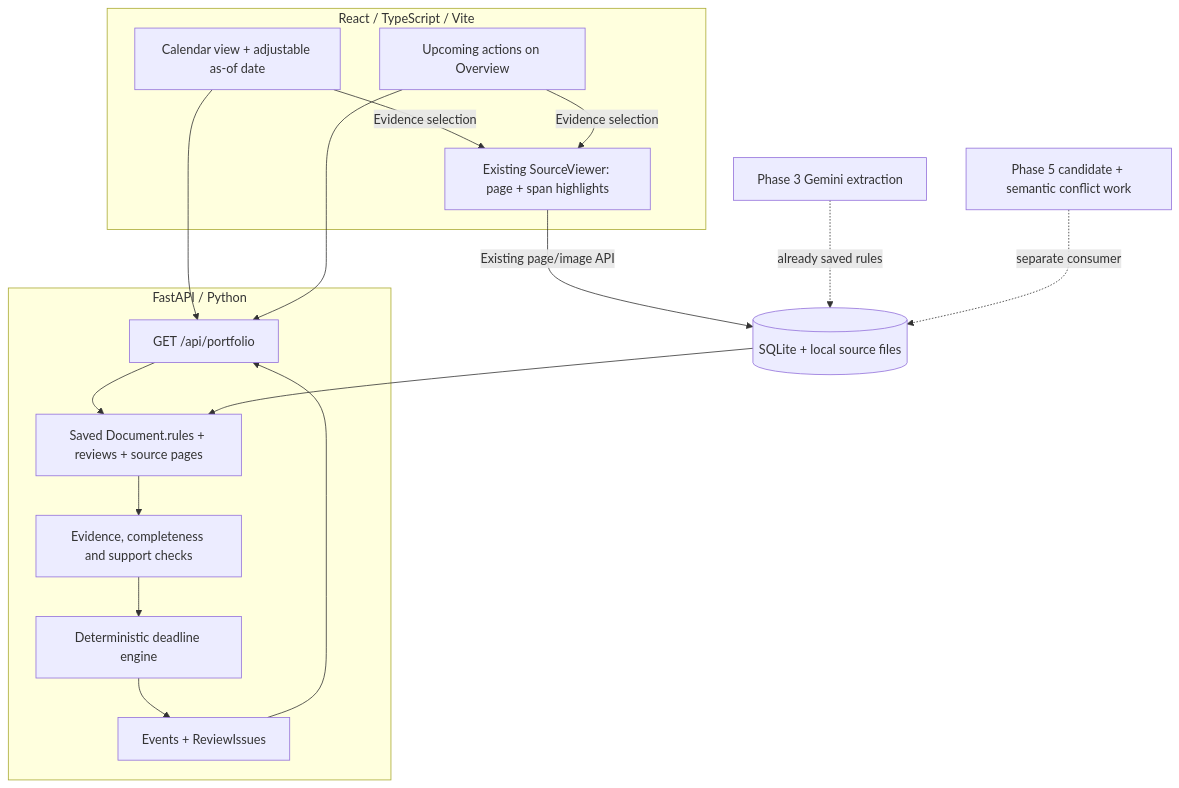
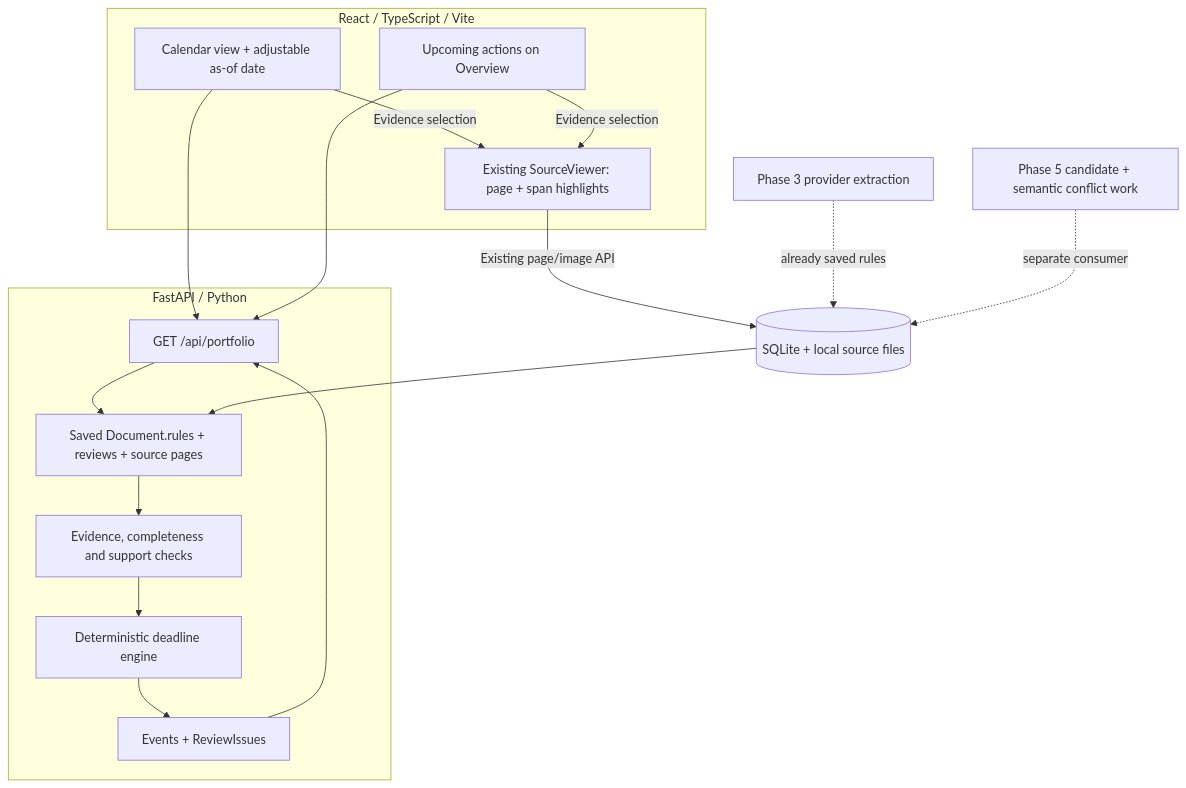
The diagram in docs/PHASE_4_HANDOFF.md (SamoyedCodes/SMULitHack), drawn with Mermaid before and after one commit. The commit also changed other lines of this file and 27 other files, not shown here.

Commit message:
Add OpenRouter primary with Gemini secondary provider routing

````diff
--- a/docs/PHASE_4_HANDOFF.md
+++ b/docs/PHASE_4_HANDOFF.md
@@ -42,26 +44,26 @@
 ```mermaid
 flowchart TB
     subgraph Browser[React / TypeScript / Vite]
         Calendar[Calendar view + adjustable as-of date]
         Overview[Upcoming actions on Overview]
         Source[Existing SourceViewer: page + span highlights]
     end
     subgraph Backend[FastAPI / Python]
         Portfolio[GET /api/portfolio]
         Inputs[Saved Document.rules + reviews + source pages]
         Gate[Evidence, completeness and support checks]
         Engine[Deterministic deadline engine]
         Results[Events + ReviewIssues]
     end
     DB[(SQLite + local source files)]
     Calendar --> Portfolio
     Overview --> Portfolio
     Portfolio --> Inputs
     DB --> Inputs
     Inputs --> Gate --> Engine --> Results --> Portfolio
     Calendar -->|Evidence selection| Source
     Overview -->|Evidence selection| Source
     Source -->|Existing page/image API| DB
-    Phase3[Phase 3 Gemini extraction] -. already saved rules .-> DB
+    Phase3[Phase 3 provider extraction] -. already saved rules .-> DB
     Phase5[Phase 5 candidate + semantic conflict work] -. separate consumer .-> DB
 ```
````
